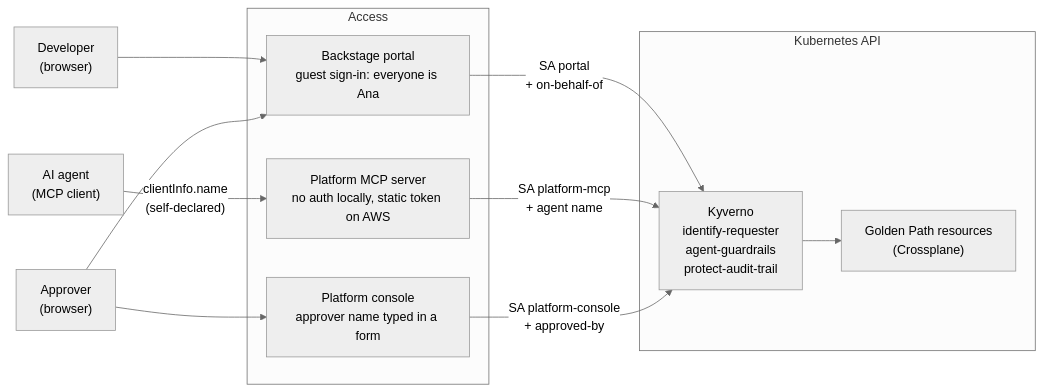
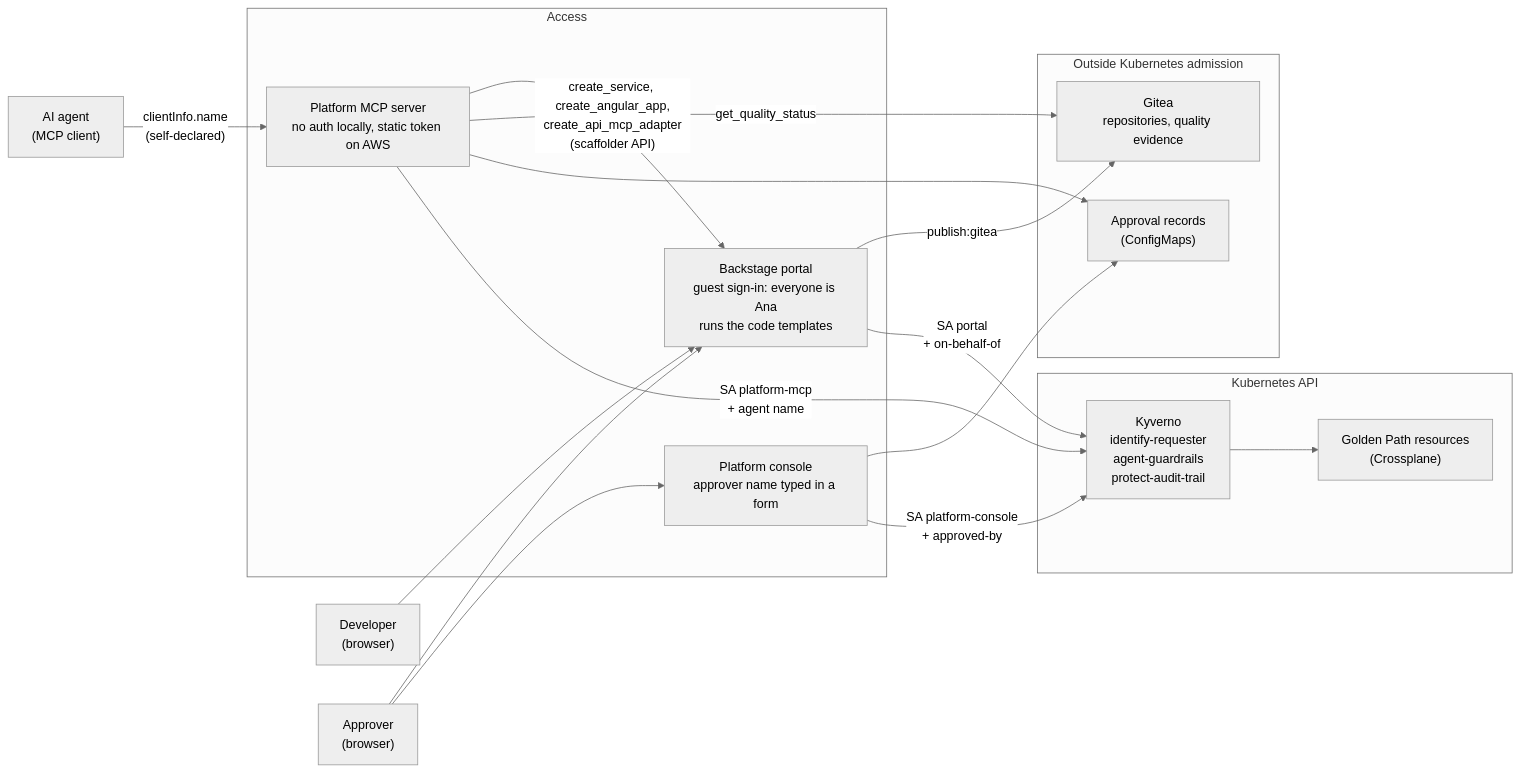
One commit to jaruizes/platform-engineering-starter-kit-ai-era changed the first of 7 diagrams in docs/identity-and-access.md. Above: the diagram before and after it, drawn with Mermaid (neutral theme). The commit also changed other lines of this file, not shown here.

First line of the commit message:
docs: channel-independent platform API and two-line authorization

````diff
--- a/docs/identity-and-access.md
+++ b/docs/identity-and-access.md
@@ -32,26 +38,36 @@
 ```mermaid
 flowchart LR
     dev["Developer<br/>(browser)"]
     agent["AI agent<br/>(MCP client)"]
     approver["Approver<br/>(browser)"]
 
     subgraph access["Access"]
-        portal["Backstage portal<br/>guest sign-in: everyone is Ana"]
+        portal["Backstage portal<br/>guest sign-in: everyone is Ana<br/>runs the code templates"]
         mcp["Platform MCP server<br/>no auth locally, static token on AWS"]
         console["Platform console<br/>approver name typed in a form"]
+    end
+
+    subgraph ext["Outside Kubernetes admission"]
+        git["Gitea<br/>repositories, quality evidence"]
+        appr["Approval records<br/>(ConfigMaps)"]
     end
 
     subgraph k8s["Kubernetes API"]
         kyverno["Kyverno<br/>identify-requester<br/>agent-guardrails<br/>protect-audit-trail"]
         xr["Golden Path resources<br/>(Crossplane)"]
     end
 
     dev --> portal
     agent -- "clientInfo.name<br/>(self-declared)" --> mcp
     approver --> portal
     approver --> console
+    mcp -- "create_service, create_angular_app,<br/>create_api_mcp_adapter<br/>(scaffolder API)" --> portal
+    portal -- "publish:gitea" --> git
+    mcp -- "get_quality_status" --> git
+    mcp --> appr
+    console --> appr
     portal -- "SA portal<br/>+ on-behalf-of" --> kyverno
     mcp -- "SA platform-mcp<br/>+ agent name" --> kyverno
     console -- "SA platform-console<br/>+ approved-by" --> kyverno
     kyverno --> xr
 ```
````
